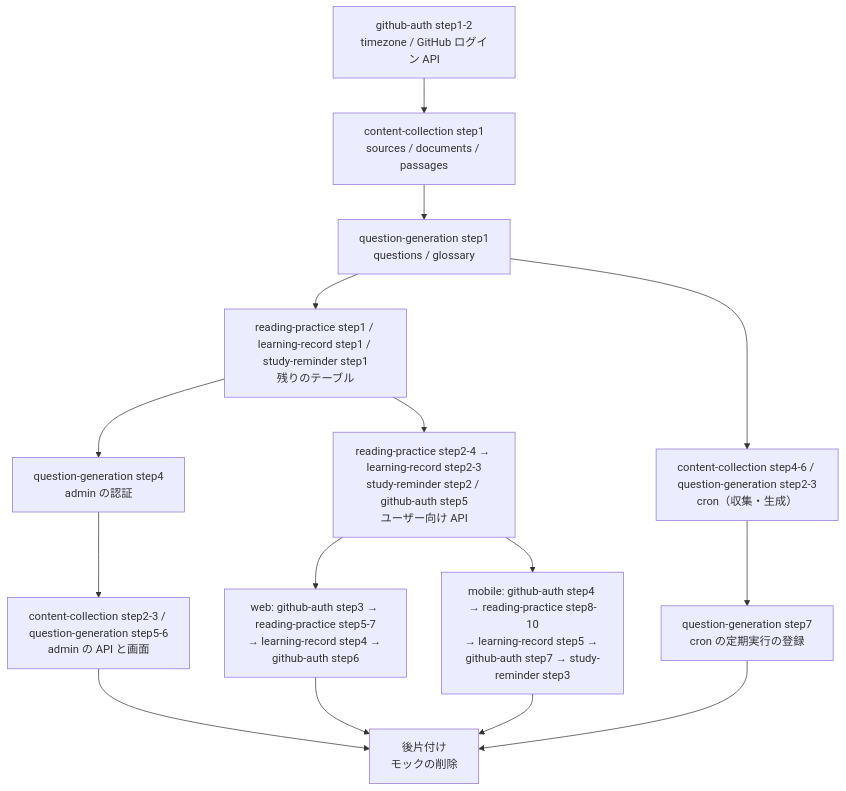
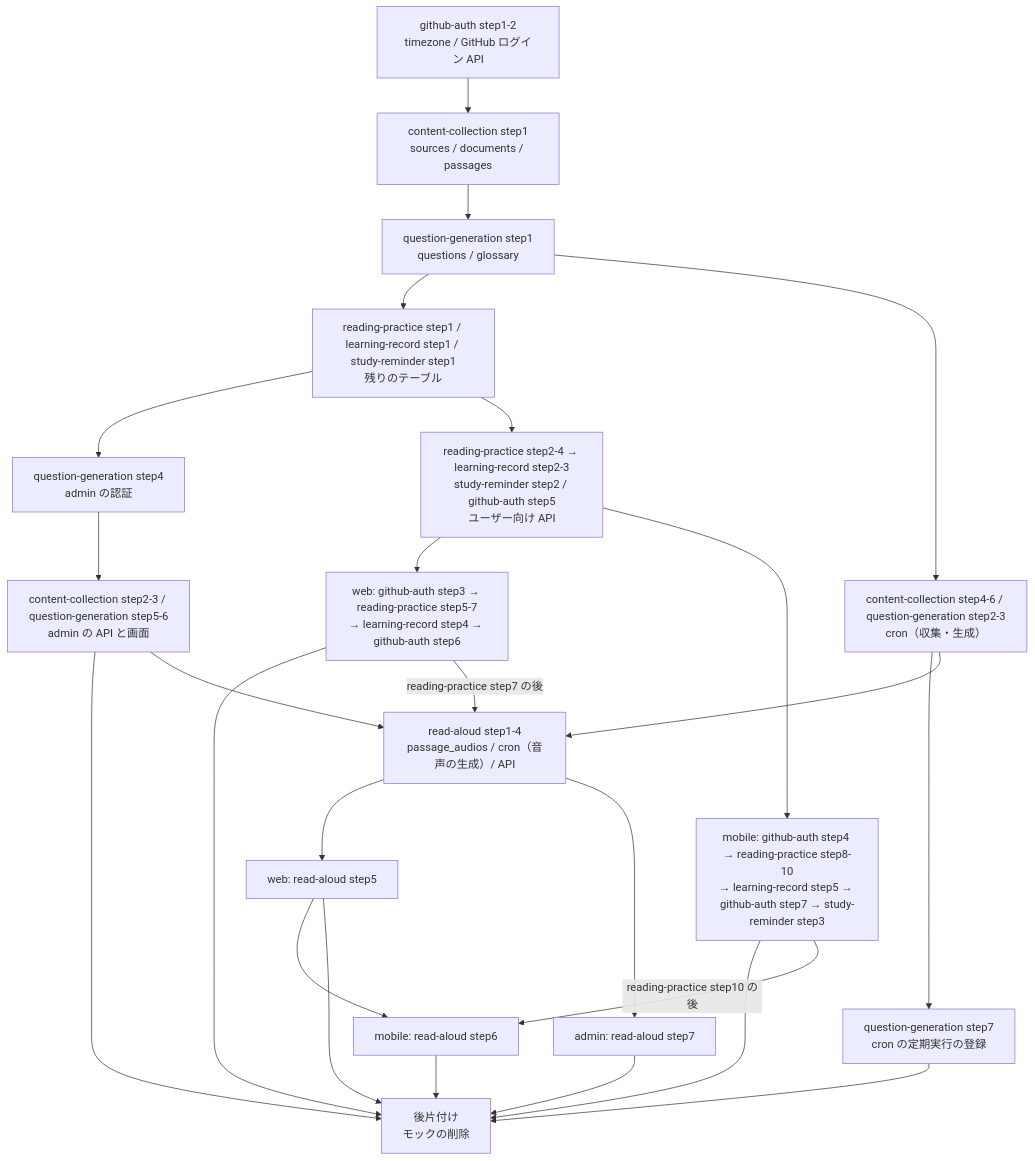
The third of 5 diagrams in docs/spec/product-overview/README.md (kentakki416/tech-english), drawn with Mermaid before and after one commit. The commit also changed other lines of this file and 9 other files, not shown here.

First line of the commit message:
fix(read-aloud): レビュー指摘の修正（関連 spec の読み上げ・費用・実装との差・名前）

````diff
--- a/docs/spec/product-overview/README.md
+++ b/docs/spec/product-overview/README.md
@@ -233,17 +233,27 @@
 ```mermaid
 flowchart TD
     A["github-auth step1-2<br/>timezone / GitHub ログイン API"] --> B["content-collection step1<br/>sources / documents / passages"]
     B --> C["question-generation step1<br/>questions / glossary"]
     C --> D["reading-practice step1 / learning-record step1 / study-reminder step1<br/>残りのテーブル"]
     D --> E["question-generation step4<br/>admin の認証"]
     E --> F["content-collection step2-3 / question-generation step5-6<br/>admin の API と画面"]
     C --> G["content-collection step4-6 / question-generation step2-3<br/>cron（収集・生成）"]
     G --> L["question-generation step7<br/>cron の定期実行の登録"]
     D --> H["reading-practice step2-4 → learning-record step2-3<br/>study-reminder step2 / github-auth step5<br/>ユーザー向け API"]
     H --> I["web: github-auth step3 → reading-practice step5-7<br/>→ learning-record step4 → github-auth step6"]
     H --> J["mobile: github-auth step4 → reading-practice step8-10<br/>→ learning-record step5 → github-auth step7 → study-reminder step3"]
     F --> K["後片付け<br/>モックの削除"]
     L --> K
     I --> K
     J --> K
+    I -->|"reading-practice step7 の後"| M["read-aloud step1-4<br/>passage_audios / cron（音声の生成）/ API"]
+    F --> M
+    G --> M
+    M --> N["web: read-aloud step5"]
+    N --> O["mobile: read-aloud step6"]
+    J -->|"reading-practice step10 の後"| O
+    M --> P["admin: read-aloud step7"]
+    N --> K
+    O --> K
+    P --> K
 ```
````
